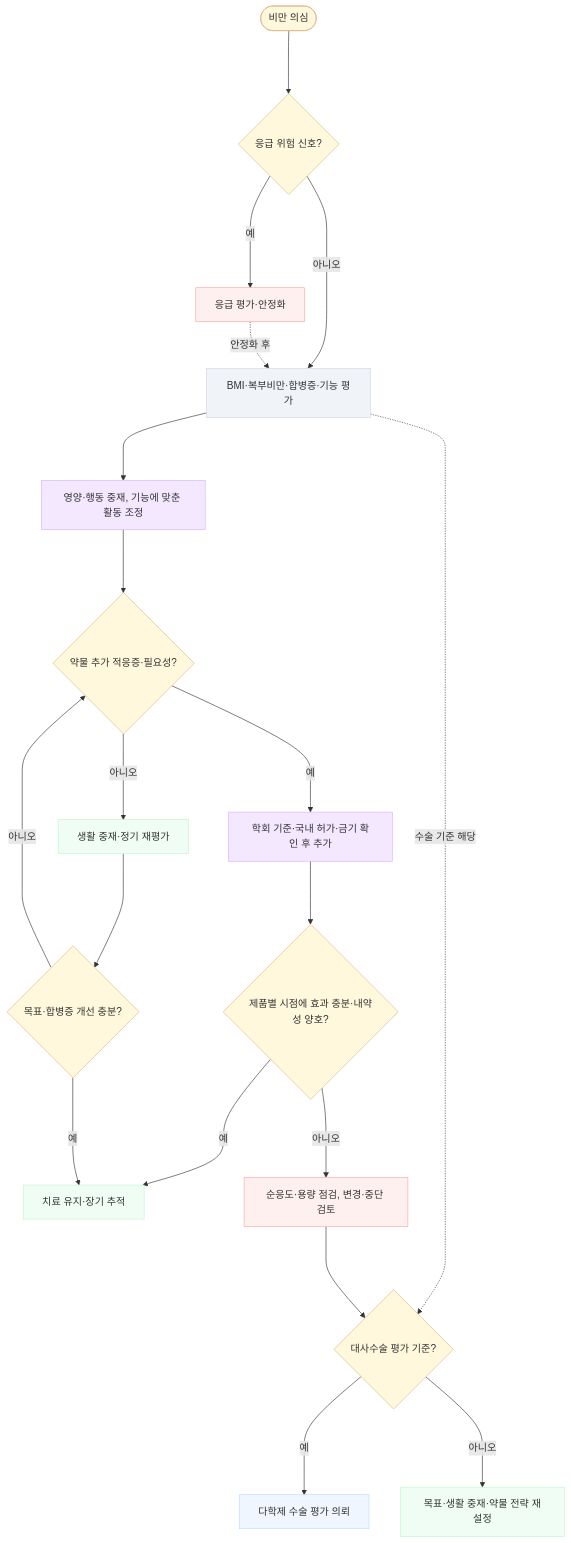
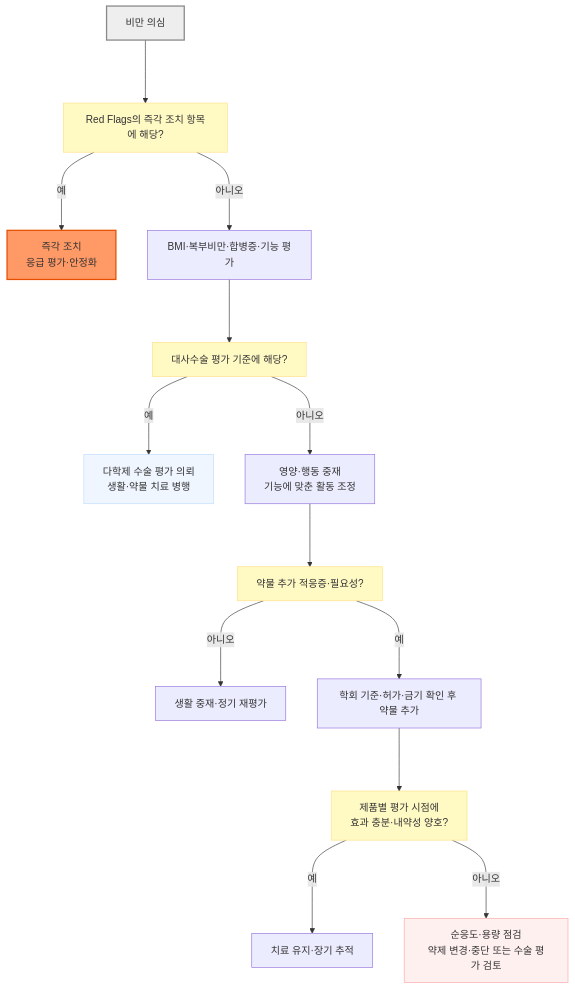
The diagram in 230_/191_-obesity.md (familyoh77/familyoh77), drawn with Mermaid before and after one commit. The commit also changed other lines of this file and 16 other files, not shown here.

````diff
--- a/230_/191_-obesity.md
+++ b/230_/191_-obesity.md
@@ -209,34 +215,22 @@
 ```mermaid
 flowchart TD
-    A(["비만 의심"]) ---> R{"응급 위험 신호?"}
-    R -- 예 ---> Q["응급 평가·안정화"]
-    R -- 아니오 ---> B["BMI·복부비만·합병증·기능 평가"]
-    Q -. 안정화 후 .-> B
-    B ---> C["영양·행동 중재, 기능에 맞춘 활동 조정"]
-    C ---> F{"약물 추가 적응증·필요성?"}
-    F -- 예 ---> G["학회 기준·국내 허가·금기 확인 후 추가"]
-    F -- 아니오 ---> E["생활 중재·정기 재평가"]
-    G ---> H{"제품별 시점에 효과 충분·내약성 양호?"}
-    H -- 예 ---> I["치료 유지·장기 추적"]
-    H -- 아니오 ---> J["순응도·용량 점검, 변경·중단 검토"]
-    E ---> D{"목표·합병증 개선 충분?"}
-    D -- 예 ---> I
-    D -- 아니오 ---> F
-    B -. 수술 기준 해당 .-> K{"대사수술 평가 기준?"}
-    J ---> K
-    K -- 예 ---> L["다학제 수술 평가 의뢰"]
-    K -- 아니오 ---> M["목표·생활 중재·약물 전략 재설정"]
+    A["비만 의심"] ---> R["Red Flags의 즉각 조치 항목에 해당?"]
+    R -- "예" ---> Q["즉각 조치<br/>응급 평가·안정화"]
+    R -- "아니오" ---> B["BMI·복부비만·합병증·기능 평가"]
+    B ---> S["대사수술 평가 기준에 해당?"]
+    S -- "예" ---> L["다학제 수술 평가 의뢰<br/>생활·약물 치료 병행"]
+    S -- "아니오" ---> C["영양·행동 중재<br/>기능에 맞춘 활동 조정"]
+    C ---> F["약물 추가 적응증·필요성?"]
+    F -- "아니오" ---> E["생활 중재·정기 재평가"]
+    F -- "예" ---> G["학회 기준·허가·금기 확인 후 약물 추가"]
+    G ---> H["제품별 평가 시점에<br/>효과 충분·내약성 양호?"]
+    H -- "예" ---> I["치료 유지·장기 추적"]
+    H -- "아니오" ---> J["순응도·용량 점검<br/>약제 변경·중단 또는 수술 평가 검토"]
 
-    classDef evalNode fill:#FFF8DC,stroke:#DEB887,stroke-width:1px
-    classDef condNode fill:#F0F4F8,stroke:#D0D7DE,stroke-width:1px
-    classDef txNode fill:#F3E8FF,stroke:#D8B4FE,stroke-width:1px
-    classDef successNode fill:#F0FDF4,stroke:#BBF7D0,stroke-width:1px
-    classDef failNode fill:#FFF0F0,stroke:#FCA5A5,stroke-width:1px
-    classDef referNode fill:#EFF6FF,stroke:#BFDBFE,stroke-width:1px
-    class A,R,D,F,H,K evalNode
-    class B condNode
-    class C,G txNode
-    class E,I,M successNode
-    class J,Q failNode
-    class L referNode
+    classDef question fill:#fff9c4,stroke:#ffe082
+    class R,S,F,H question
+    style A fill:#eeeeee,stroke:#888888,stroke-width:2px
+    style Q fill:#f96,stroke:#e65100,stroke-width:2px
+    style L fill:#EFF6FF,stroke:#BFDBFE
+    style J fill:#FFF0F0,stroke:#FCA5A5
 ```
````
